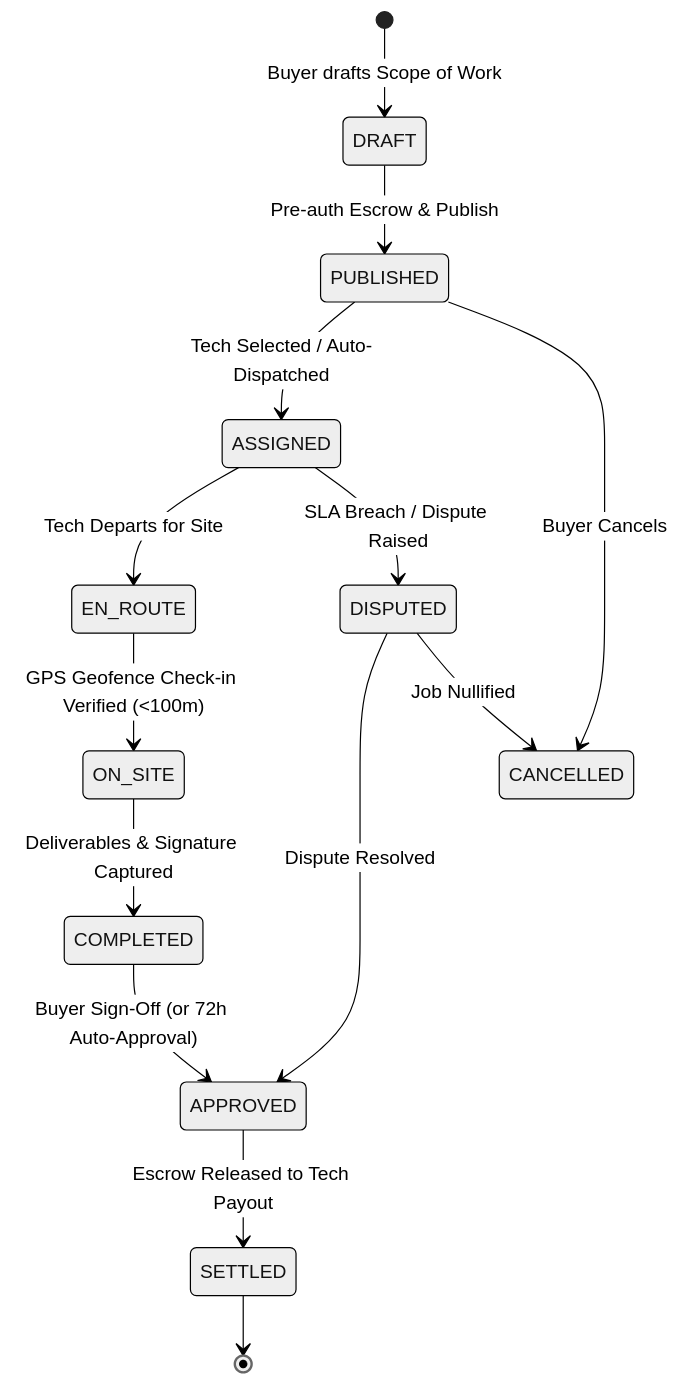
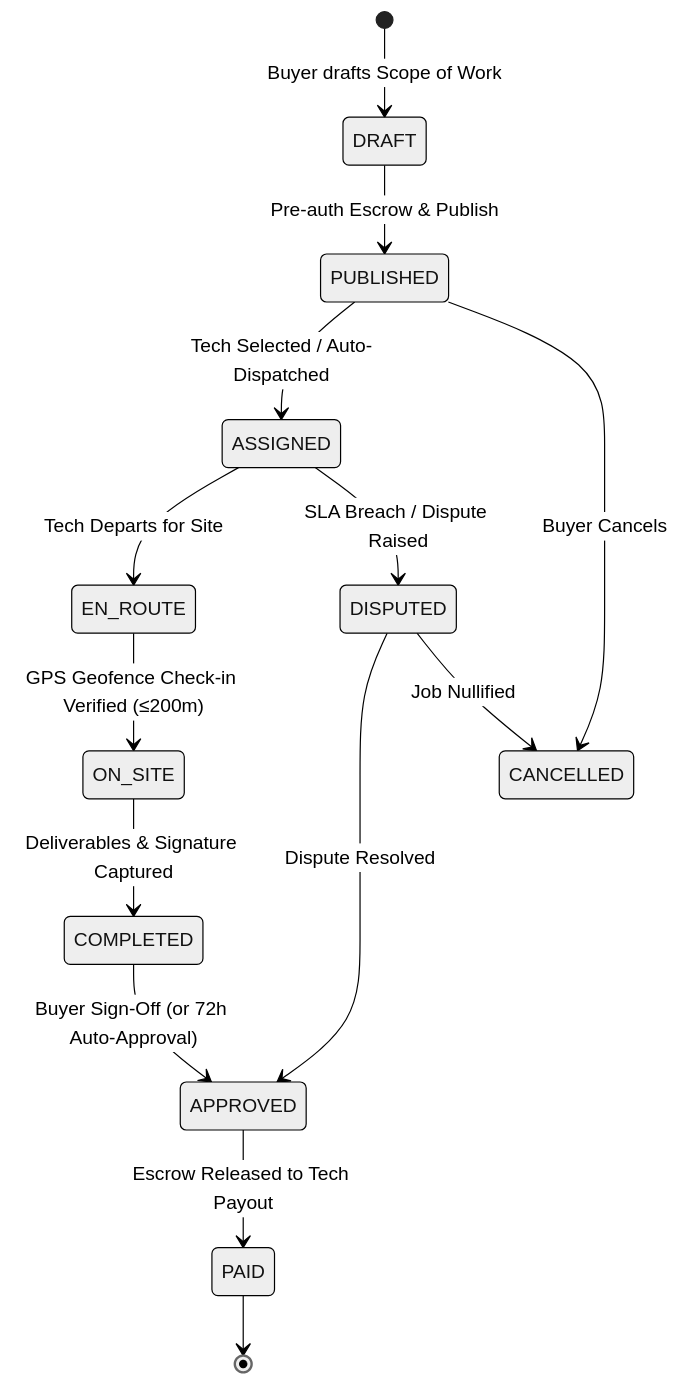
The second of 2 diagrams in README.md (satya-ranjon/FieldForge), drawn with Mermaid (neutral theme) before and after one commit. The commit also changed other lines of this file and 106 other files, not shown here.

````diff
--- a/README.md
+++ b/README.md
@@ -126,17 +127,17 @@
 ```mermaid
 stateDiagram-v2
     [*] --> DRAFT: Buyer drafts Scope of Work
     DRAFT --> PUBLISHED: Pre-auth Escrow & Publish
     PUBLISHED --> ASSIGNED: Tech Selected / Auto-Dispatched
     ASSIGNED --> EN_ROUTE: Tech Departs for Site
-    EN_ROUTE --> ON_SITE: GPS Geofence Check-in Verified (<100m)
+    EN_ROUTE --> ON_SITE: GPS Geofence Check-in Verified (≤200m)
     ON_SITE --> COMPLETED: Deliverables & Signature Captured
     COMPLETED --> APPROVED: Buyer Sign-Off (or 72h Auto-Approval)
-    APPROVED --> SETTLED: Escrow Released to Tech Payout
-    SETTLED --> [*]
+    APPROVED --> PAID: Escrow Released to Tech Payout
+    PAID --> [*]
 
     PUBLISHED --> CANCELLED: Buyer Cancels
     ASSIGNED --> DISPUTED: SLA Breach / Dispute Raised
     DISPUTED --> APPROVED: Dispute Resolved
     DISPUTED --> CANCELLED: Job Nullified
 ```
````
